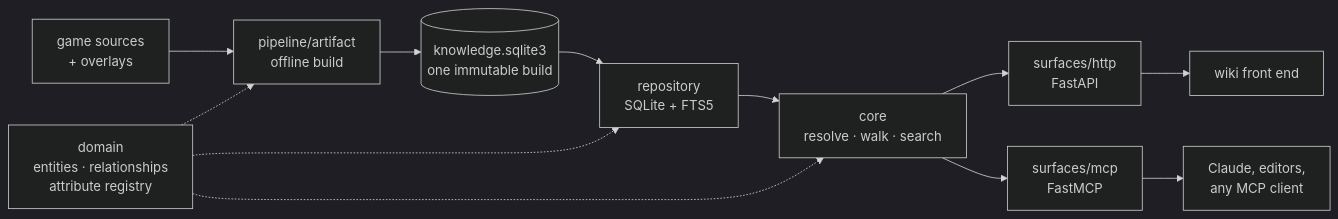
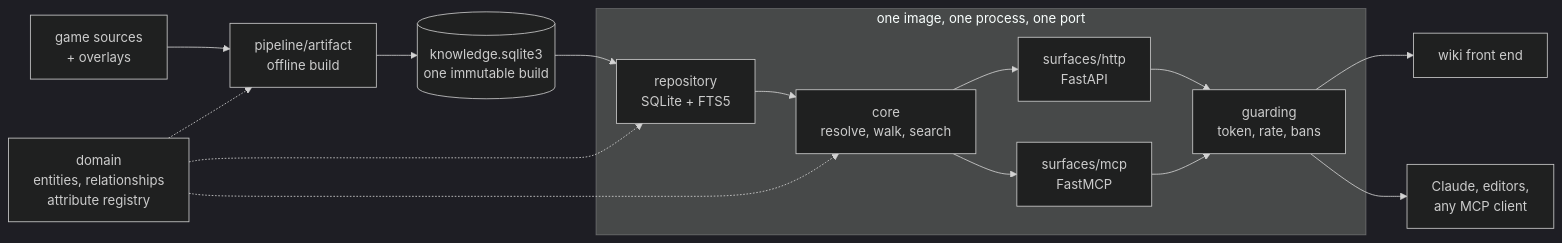
One commit to arsalan-anwari/2009scape-wiki-api changed the diagram in README.md. Above: the diagram before and after it, drawn with Mermaid (dark theme). The commit also changed other lines of this file and 107 other files, not shown here.

Commit message:
Implemented access and deployment: Ed25519 tokens issued offline, per-caller limits and persistent bans behind one guard both surfaces share, a single-port entrypoint mounting the tools inside HTTP, name-only closest-match lookup for misspellings, and a container image with compose and CI.

````diff
--- a/README.md
+++ b/README.md
@@ -13,12 +10,16 @@
 ```mermaid
 flowchart LR
     SRC["game sources<br/>+ overlays"] --> PIPE["pipeline/artifact<br/>offline build"]
     PIPE --> ART[("knowledge.sqlite3<br/>one immutable build")]
-    ART --> REPO["repository<br/>SQLite + FTS5"]
-    REPO --> CORE["core<br/>resolve · walk · search"]
-    CORE --> HTTP["surfaces/http<br/>FastAPI"]
-    CORE --> MCP["surfaces/mcp<br/>FastMCP"]
-    HTTP --> WIKI["wiki front end"]
-    MCP --> AGENT["Claude, editors,<br/>any MCP client"]
-    DOM["domain<br/>entities · relationships<br/>attribute registry"] -.-> PIPE & REPO & CORE
+    subgraph RUN ["one image, one process, one port"]
+        REPO["repository<br/>SQLite + FTS5"] --> CORE["core<br/>resolve, walk, search"]
+        CORE --> HTTP["surfaces/http<br/>FastAPI"]
+        CORE --> MCP["surfaces/mcp<br/>FastMCP"]
+        HTTP --> GUARD["guarding<br/>token, rate, bans"]
+        MCP --> GUARD
+    end
+    ART --> REPO
+    GUARD --> WIKI["wiki front end"]
+    GUARD --> AGENT["Claude, editors,<br/>any MCP client"]
+    DOM["domain<br/>entities, relationships<br/>attribute registry"] -.-> PIPE & REPO & CORE
 ```
````
